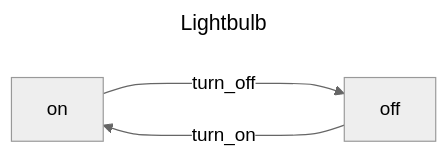
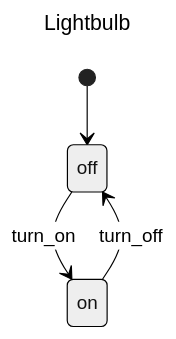
The second of 2 diagrams in docs/state-machines.md (heywhy/xfsm), drawn with Mermaid (neutral theme) before and after one commit.

Commit message:
chore(docs): use state diag instead of flowchart

````diff
--- a/docs/state-machines.md
+++ b/docs/state-machines.md
@@ -62,9 +62,10 @@
 ```mermaid
 ---
 title: Lightbulb
 ---
-flowchart LR
+stateDiagram-v2
 
-on ---->|turn_off|off
-off ---->|turn_on|on
+[*] --> off
+off --> on: turn_on
+on --> off: turn_off
 ```
````
